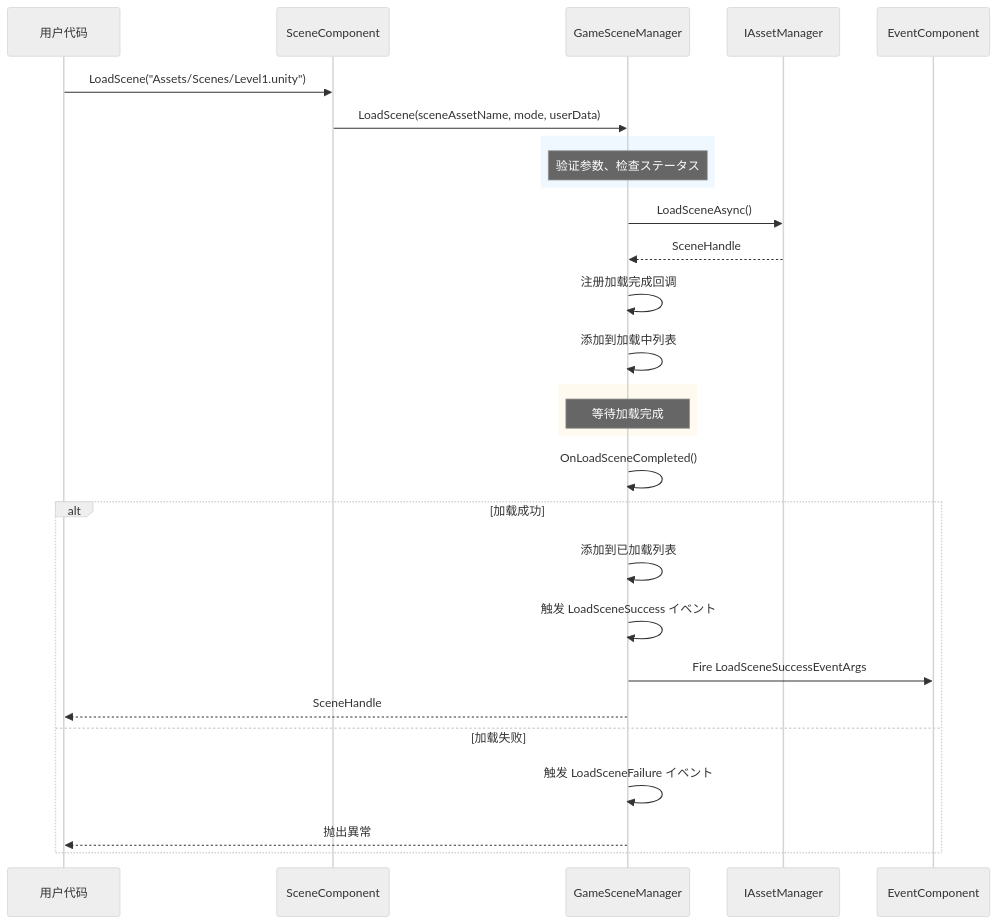
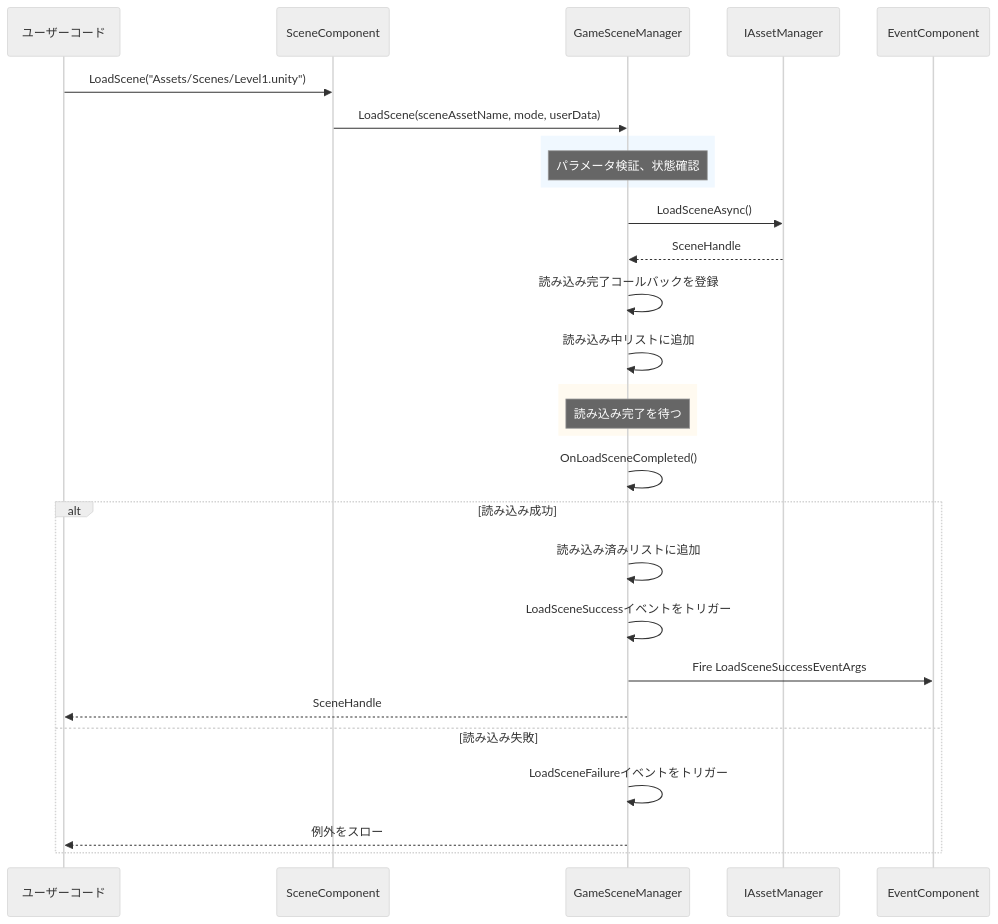
Before and after one commit to AlianBlank/GameFrameX.Docs: the second of 2 diagrams in docs/ja/client/unity/component/scene/03.getting-started.md, drawn with Mermaid (neutral theme). The commit also changed other lines of this file and 320 other files, not shown here.

````diff
--- a/docs/ja/client/unity/component/scene/03.getting-started.md
+++ b/docs/ja/client/unity/component/scene/03.getting-started.md
@@ -206,37 +206,37 @@
 ```mermaid
 sequenceDiagram
-    participant User as 用户代码
+    participant User as ユーザーコード
     participant SceneComp as SceneComponent
     participant SceneMgr as GameSceneManager
     participant AssetMgr as IAssetManager
     participant Events as EventComponent
 
     User->>SceneComp: LoadScene("Assets/Scenes/Level1.unity")
     SceneComp->>SceneMgr: LoadScene(sceneAssetName, mode, userData)
     
     rect rgb(240, 248, 255)
-        Note over SceneMgr: 验证参数、检查ステータス
+        Note over SceneMgr: パラメータ検証、状態確認
     end
     
     SceneMgr->>AssetMgr: LoadSceneAsync()
     AssetMgr-->>SceneMgr: SceneHandle
     
-    SceneMgr->>SceneMgr: 注册加载完成回调
-    SceneMgr->>SceneMgr: 添加到加载中列表
+    SceneMgr->>SceneMgr: 読み込み完了コールバックを登録
+    SceneMgr->>SceneMgr: 読み込み中リストに追加
     
     rect rgb(255, 250, 240)
-        Note over SceneMgr: 等待加载完成
+        Note over SceneMgr: 読み込み完了を待つ
     end
     
     SceneMgr->>SceneMgr: OnLoadSceneCompleted()
     
-    alt 加载成功
-        SceneMgr->>SceneMgr: 添加到已加载列表
-        SceneMgr->>SceneMgr: 触发 LoadSceneSuccess イベント
+    alt 読み込み成功
+        SceneMgr->>SceneMgr: 読み込み済みリストに追加
+        SceneMgr->>SceneMgr: LoadSceneSuccessイベントをトリガー
         SceneMgr->>Events: Fire LoadSceneSuccessEventArgs
         SceneMgr-->>User: SceneHandle
-    else 加载失败
-        SceneMgr->>SceneMgr: 触发 LoadSceneFailure イベント
-        SceneMgr-->>User: 抛出異常
+    else 読み込み失敗
+        SceneMgr->>SceneMgr: LoadSceneFailureイベントをトリガー
+        SceneMgr-->>User: 例外をスロー
     end
 ```
````
